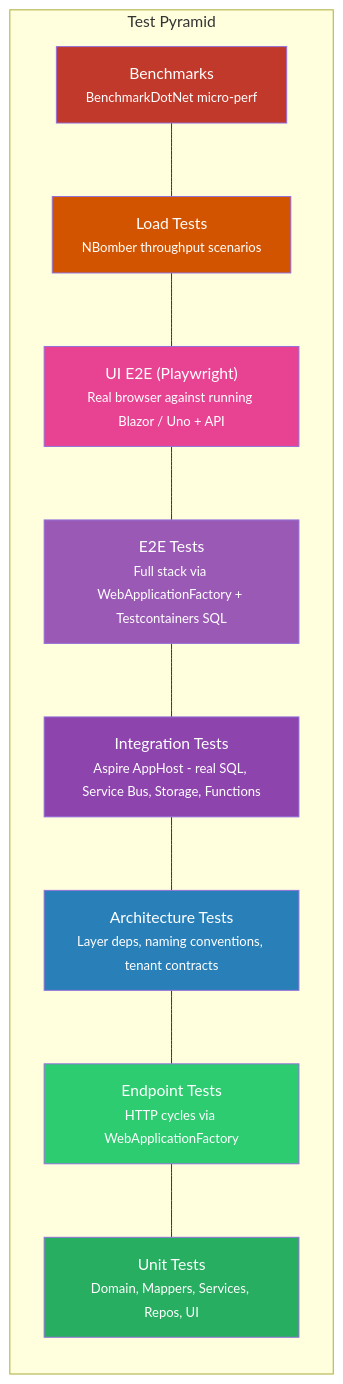
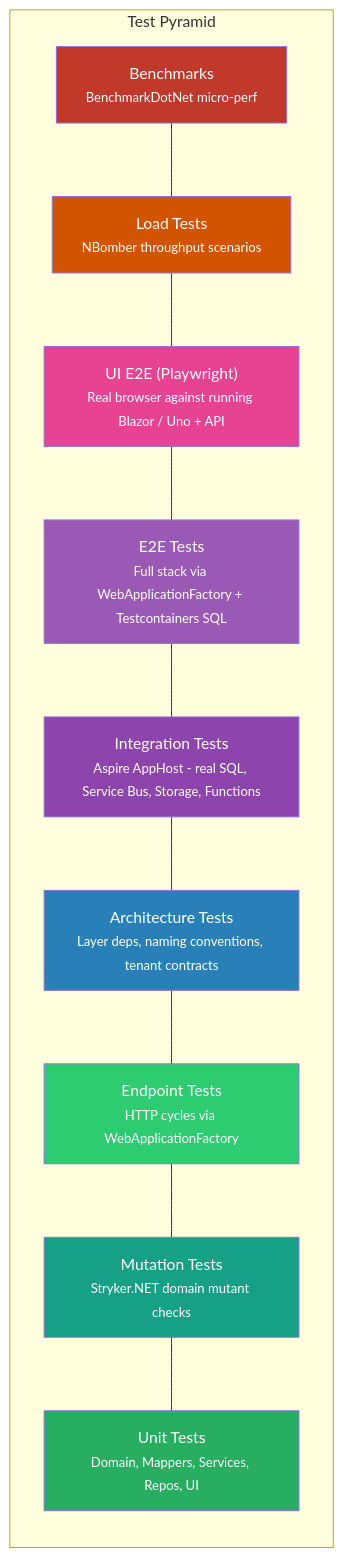
Diagram 16 of 22 in docs/tech-design.md (efreeman518/AI-Instructions-ReferenceApp), drawn with Mermaid before and after one commit. The commit also changed other lines of this file and 13 other files, not shown here.

````diff
--- a/docs/tech-design.md
+++ b/docs/tech-design.md
@@ -975,25 +975,27 @@
 ```mermaid
 graph TB
     subgraph pyramid["Test Pyramid"]
         direction BT
         UNIT[" Unit Tests<br/><small>Domain, Mappers, Services, Repos, UI</small>"]
+        MUTATION[" Mutation Tests<br/><small>Stryker.NET domain mutant checks</small>"]
         ENDPOINTS[" Endpoint Tests<br/><small>HTTP cycles via WebApplicationFactory</small>"]
         ARCH[" Architecture Tests<br/><small>Layer deps, naming conventions, tenant contracts</small>"]
         INT[" Integration Tests<br/><small>Aspire AppHost - real SQL, Service Bus, Storage, Functions</small>"]
         E2E[" E2E Tests<br/><small>Full stack via WebApplicationFactory + Testcontainers SQL</small>"]
         UIE2E[" UI E2E (Playwright)<br/><small>Real browser against running Blazor / Uno + API</small>"]
         LOAD[" Load Tests<br/><small>NBomber throughput scenarios</small>"]
         BENCH[" Benchmarks<br/><small>BenchmarkDotNet micro-perf</small>"]
     end
 
-    UNIT --- ENDPOINTS --- ARCH --- INT --- E2E --- UIE2E --- LOAD --- BENCH
+    UNIT --- MUTATION --- ENDPOINTS --- ARCH --- INT --- E2E --- UIE2E --- LOAD --- BENCH
 
     style UNIT fill:#27ae60,color:#fff
+    style MUTATION fill:#16a085,color:#fff
     style ENDPOINTS fill:#2ecc71,color:#fff
     style ARCH fill:#2980b9,color:#fff
     style INT fill:#8e44ad,color:#fff
     style E2E fill:#9b59b6,color:#fff
     style UIE2E fill:#e84393,color:#fff
     style LOAD fill:#d35400,color:#fff
     style BENCH fill:#c0392b,color:#fff
 ```
````
